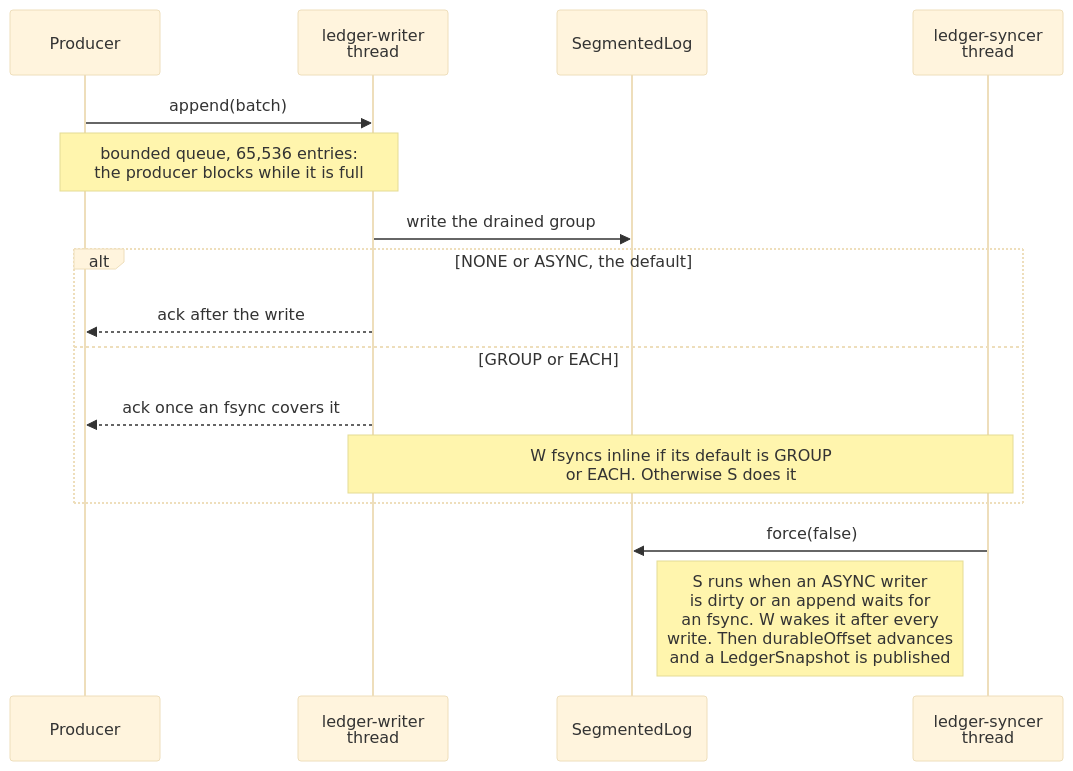
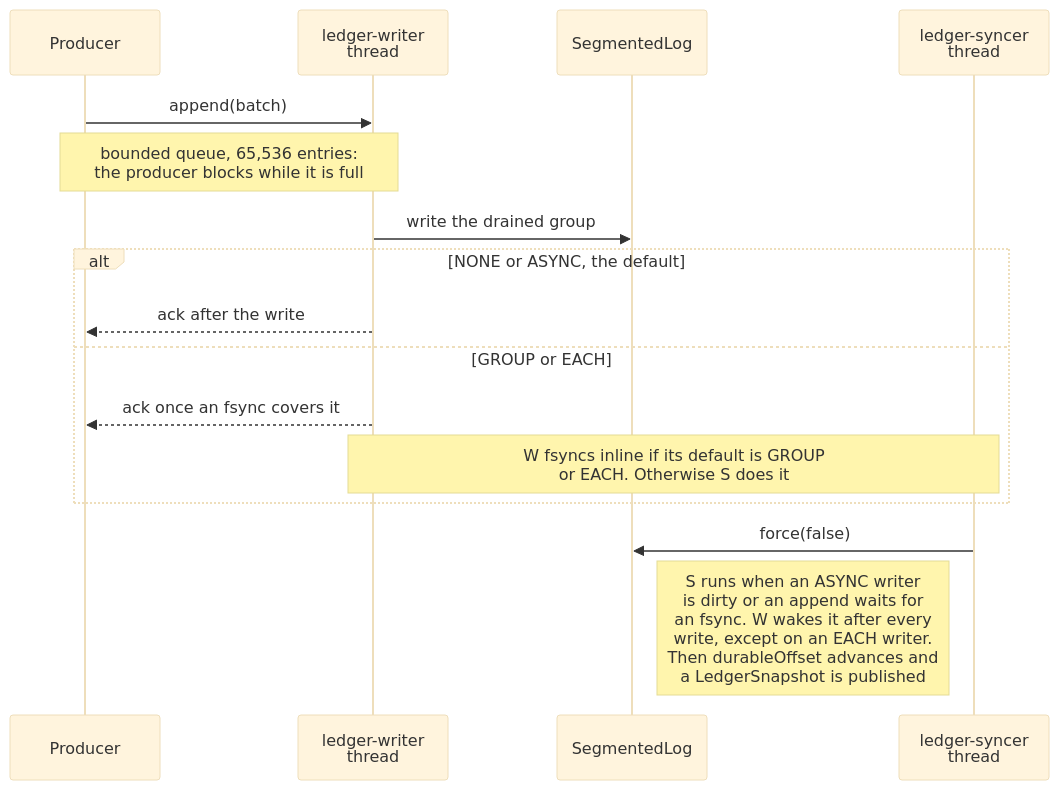
Before and after one commit to BlivionIaG/sjws_nettask: the second of 3 diagrams in docs/messaging/design.md, drawn with Mermaid (base theme). The commit also changed other lines of this file and 19 other files, not shown here.

First line of the commit message:
docs: fix the diagrams the fact-check found imprecise

````diff
--- a/docs/messaging/design.md
+++ b/docs/messaging/design.md
@@ -91,19 +92,19 @@
 ```mermaid
 sequenceDiagram
     participant P as Producer
     participant W as ledger-writer<br/>thread
     participant L as SegmentedLog
     participant S as ledger-syncer<br/>thread
 
     P->>W: append(batch)
     Note over P,W: bounded queue, 65,536 entries:<br/>the producer blocks while it is full
     W->>L: write the drained group
     alt NONE or ASYNC, the default
         W-->>P: ack after the write
     else GROUP or EACH
         W-->>P: ack once an fsync covers it
         Note over W,S: W fsyncs inline if its default is GROUP<br/>or EACH. Otherwise S does it
     end
     S->>L: force(false)
-    Note left of S: S runs when an ASYNC writer<br/>is dirty or an append waits for<br/>an fsync. W wakes it after every<br/>write. Then durableOffset advances<br/>and a LedgerSnapshot is published
+    Note left of S: S runs when an ASYNC writer<br/>is dirty or an append waits for<br/>an fsync. W wakes it after every<br/>write, except on an EACH writer.<br/>Then durableOffset advances and<br/>a LedgerSnapshot is published
 ```
````
